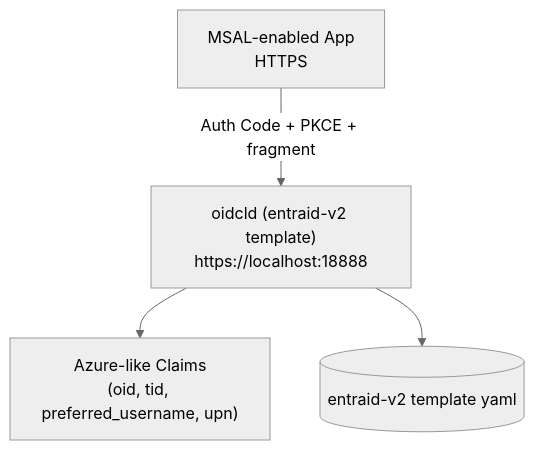
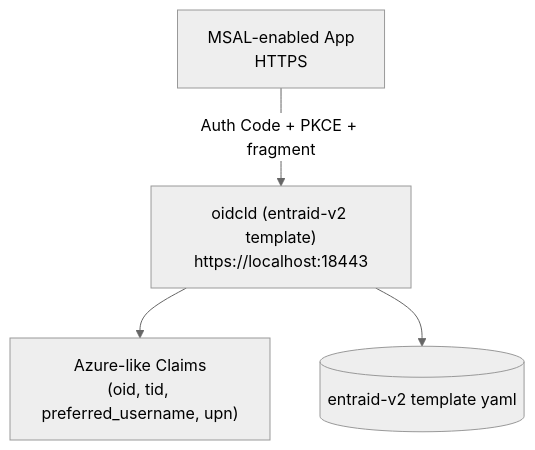
The third of 3 diagrams in README.ja.md (shibukawa/oidcld), drawn with Mermaid (neutral theme) before and after one commit. The commit also changed other lines of this file and 21 other files, not shown here.

````diff
--- a/README.ja.md
+++ b/README.ja.md
@@ -206,6 +206,6 @@
 ```mermaid
 flowchart TB
-  MSALApp[MSAL-enabled App<br/>HTTPS] -->|Auth Code + PKCE + fragment| OIDCLDEntra["oidcld (entraid-v2 template)<br/>https://localhost:18888"]
+  MSALApp[MSAL-enabled App<br/>HTTPS] -->|Auth Code + PKCE + fragment| OIDCLDEntra["oidcld (entraid-v2 template)<br/>https://localhost:18443"]
   OIDCLDEntra --> Claims["Azure-like Claims<br/>(oid, tid, preferred_username, upn)"]
   OIDCLDEntra --> ConfigEntra[(entraid-v2 template yaml)]
 ```
````
